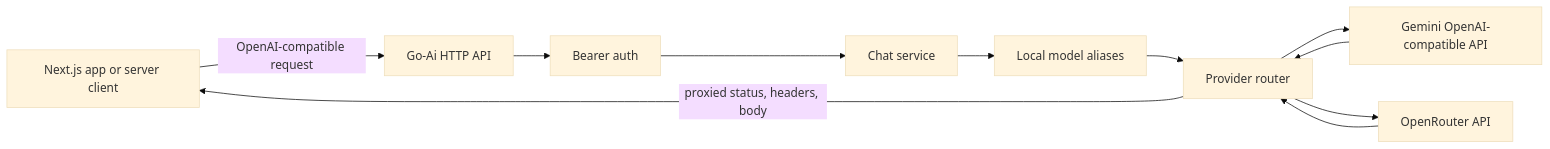
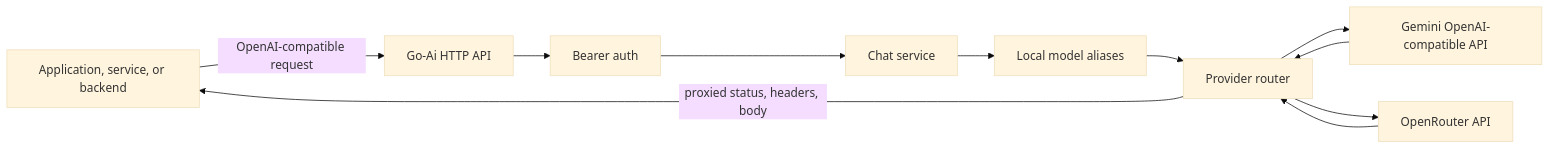
One commit to JakuninOleg/Go-Ai changed the first of 4 diagrams in README.md. Above: the diagram before and after it, drawn with Mermaid (base theme). The commit also changed other lines of this file and 7 other files, not shown here.

````diff
--- a/README.md
+++ b/README.md
@@ -30,13 +32,13 @@
 ```mermaid
 flowchart LR
-    Client[Next.js app or server client] -->|OpenAI-compatible request| API[Go-Ai HTTP API]
+    Client[Application, service, or backend] -->|OpenAI-compatible request| API[Go-Ai HTTP API]
     API --> Auth[Bearer auth]
     Auth --> Service[Chat service]
     Service --> Registry[Local model aliases]
     Registry --> Router[Provider router]
     Router --> Gemini[Gemini OpenAI-compatible API]
     Router --> OpenRouter[OpenRouter API]
     Gemini --> Router
     OpenRouter --> Router
     Router -->|proxied status, headers, body| Client
 ```
````
